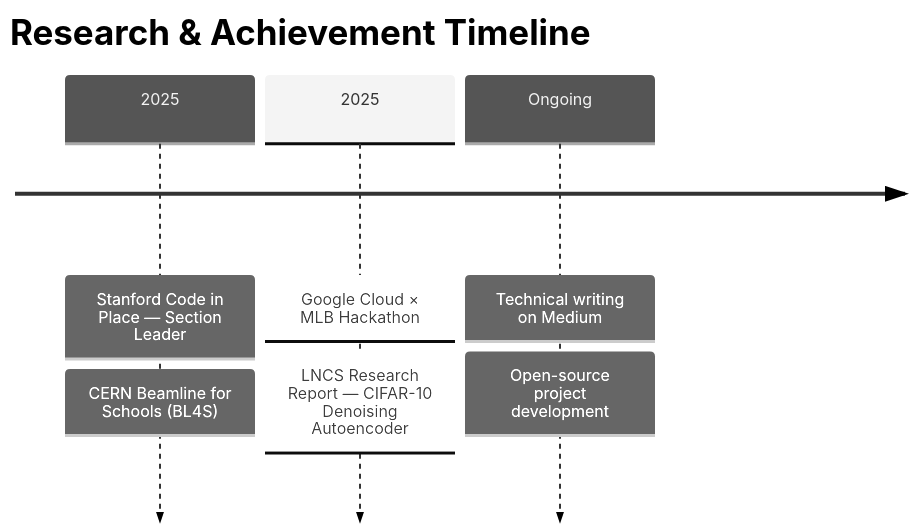
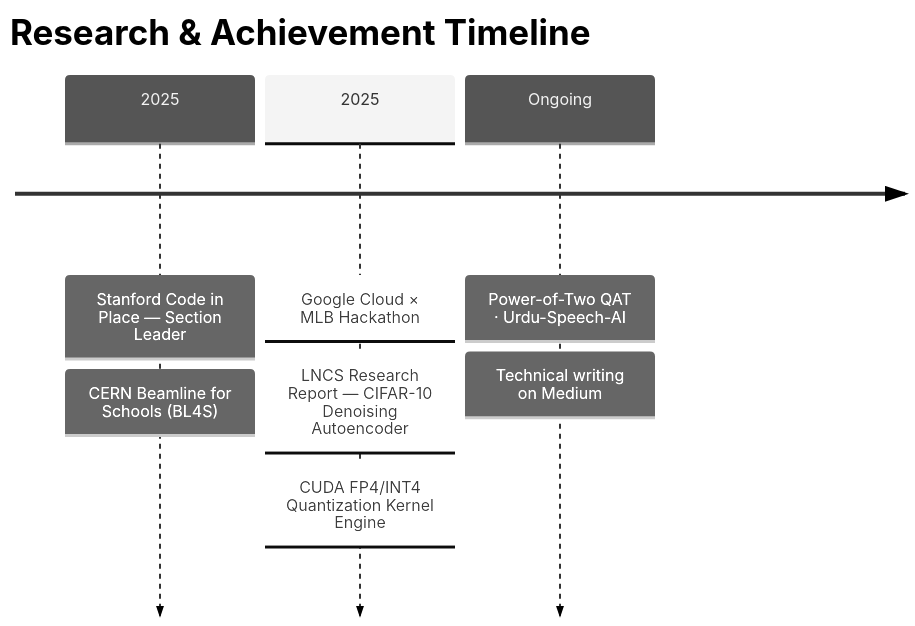
One commit to code-with-idrees/code-with-idrees changed the second of 4 diagrams in README.md. Above: the diagram before and after it, drawn with Mermaid (neutral theme). The commit also changed other lines of this file, not shown here.

````diff
--- a/README.md
+++ b/README.md
@@ -98,10 +95,11 @@
 ```mermaid
 timeline
     title Research & Achievement Timeline
     2025 : Stanford Code in Place — Section Leader
          : CERN Beamline for Schools (BL4S)
     2025 : Google Cloud × MLB Hackathon
          : LNCS Research Report — CIFAR-10 Denoising Autoencoder
-    Ongoing : Technical writing on Medium
-            : Open-source project development
+         : CUDA FP4/INT4 Quantization Kernel Engine
+    Ongoing : Power-of-Two QAT · Urdu-Speech-AI
+            : Technical writing on Medium
 ```
````
